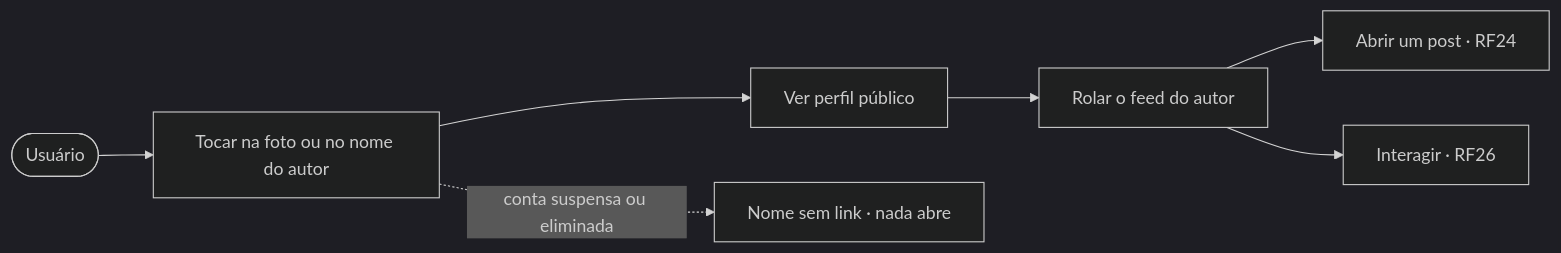
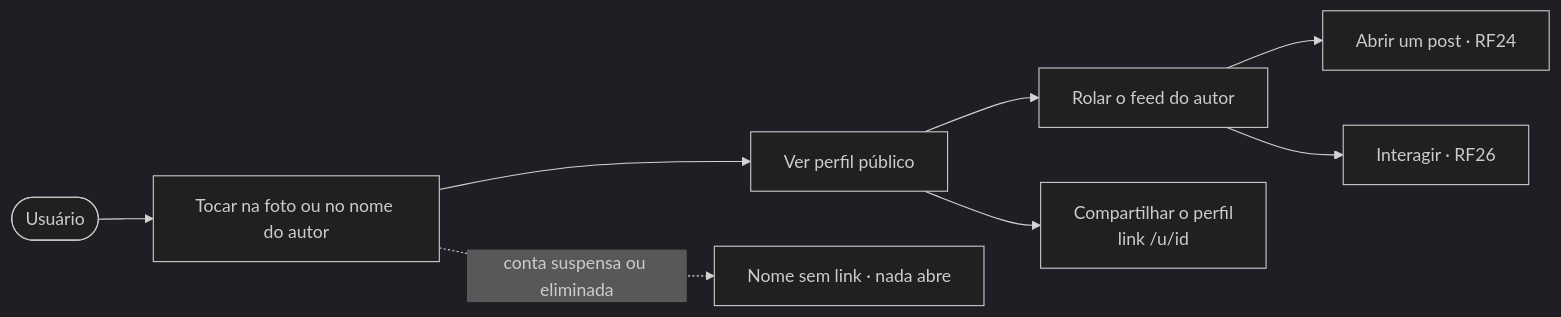
One commit to MatheusHaliski/orange_social_velion changed the first of 3 diagrams in docs/rf/RF25-perfil-publico-autor.md. Above: the diagram before and after it, drawn with Mermaid (dark theme). The commit also changed other lines of this file and 5 other files, not shown here.

First line of the commit message:
RF25: link de compartilhar o perfil em /u/{id} e feed do perfil sem "auth" no nome

````diff
--- a/docs/rf/RF25-perfil-publico-autor.md
+++ b/docs/rf/RF25-perfil-publico-autor.md
@@ -42,9 +45,10 @@
 ```mermaid
 flowchart LR
     U([Usuário]) --> UC1[Tocar na foto ou no nome do autor]
     UC1 --> UC2[Ver perfil público]
     UC2 --> UC3[Rolar o feed do autor]
     UC3 --> UC4[Abrir um post · RF24]
     UC3 --> UC5[Interagir · RF26]
+    UC2 --> UC7[Compartilhar o perfil<br/>link /u/id]
     UC1 -.conta suspensa ou eliminada.-> UC6[Nome sem link · nada abre]
 ```
````
